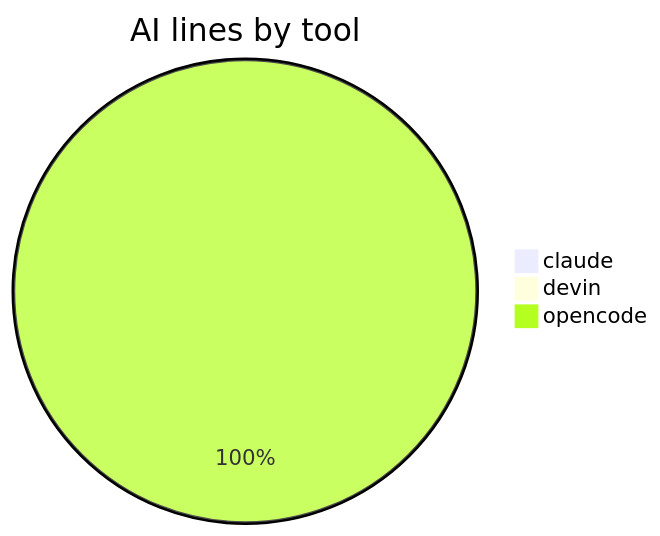
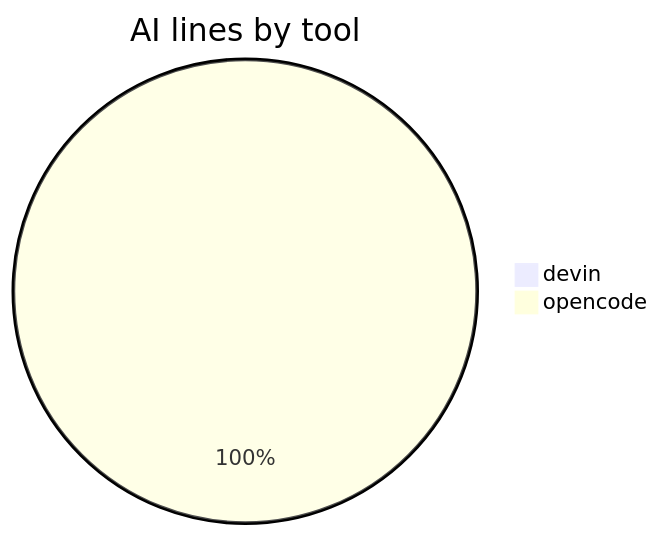
Before and after one commit to CaliMark/game-of-life: the third of 5 diagrams in AI-AUTHORSHIP.md, drawn with Mermaid. The commit also changed other lines of this file and 1 other file, not shown here.

````diff
--- a/AI-AUTHORSHIP.md
+++ b/AI-AUTHORSHIP.md
@@ -41,6 +40,5 @@
 ```mermaid
 pie title AI lines by tool
-    "claude" : 1
     "devin" : 1
-    "opencode" : 609
+    "opencode" : 585
 ```
````
